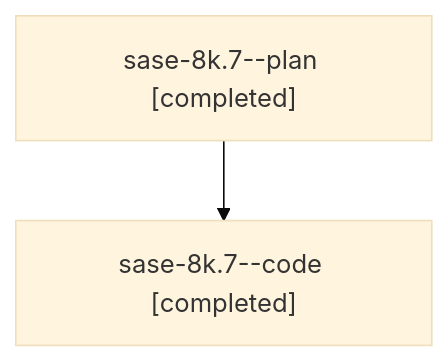
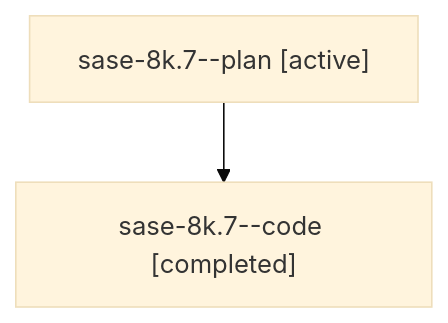
Before and after one commit to sase-org/sase--agents: the diagram in families/bbugyi200.athena.sase-8k.7.md, drawn with Mermaid (base theme). The commit also changed other lines of this file and 8679 other files, not shown here.

````diff
--- a/families/bbugyi200.athena.sase-8k.7.md
+++ b/families/bbugyi200.athena.sase-8k.7.md
@@ -9,6 +9,6 @@
 ```mermaid
 flowchart TD
-  n0["sase-8k.7--plan [completed]"]
+  n0["sase-8k.7--plan [active]"]
   n1["sase-8k.7--code [completed]"]
   n0 --> n1
 ```
````
